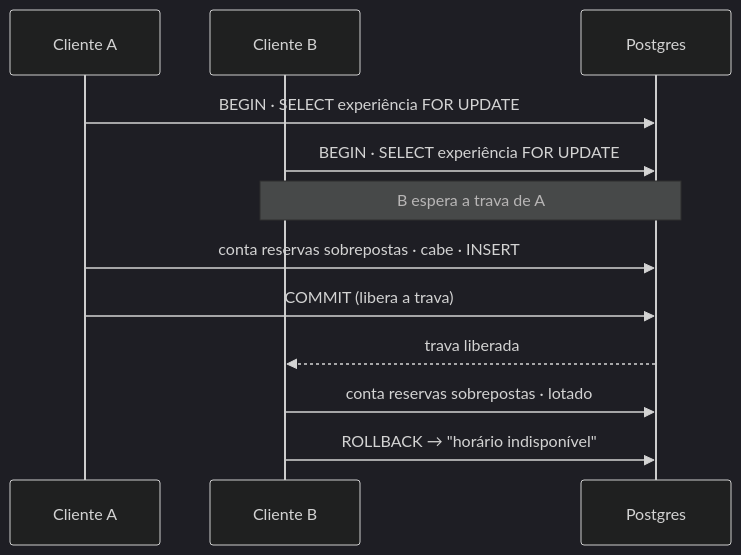
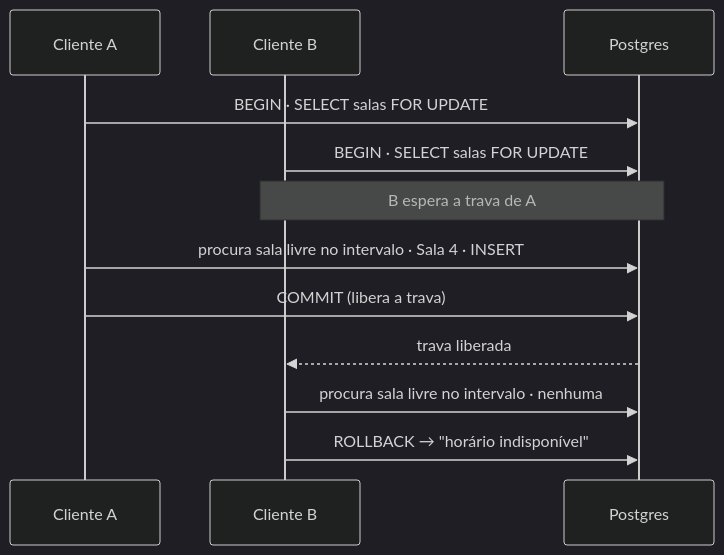
The first of 3 diagrams in README.md (VryDeveloper/salao-jade), drawn with Mermaid (dark theme) before and after one commit. The commit also changed other lines of this file and 47 other files, not shown here.

````diff
--- a/README.md
+++ b/README.md
@@ -31,14 +48,14 @@
 ```mermaid
 sequenceDiagram
     participant A as Cliente A
     participant B as Cliente B
     participant DB as Postgres
-    A->>DB: BEGIN · SELECT experiência FOR UPDATE
-    B->>DB: BEGIN · SELECT experiência FOR UPDATE
+    A->>DB: BEGIN · SELECT salas FOR UPDATE
+    B->>DB: BEGIN · SELECT salas FOR UPDATE
     Note over B,DB: B espera a trava de A
-    A->>DB: conta reservas sobrepostas · cabe · INSERT
+    A->>DB: procura sala livre no intervalo · Sala 4 · INSERT
     A->>DB: COMMIT (libera a trava)
     DB-->>B: trava liberada
-    B->>DB: conta reservas sobrepostas · lotado
+    B->>DB: procura sala livre no intervalo · nenhuma
     B->>DB: ROLLBACK → "horário indisponível"
 ```
````
